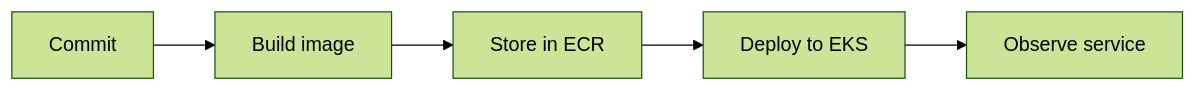
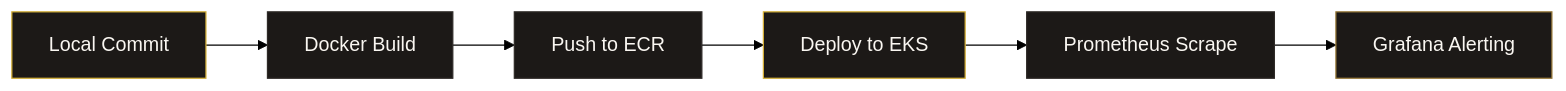
One commit to darshsoam07/darshsoam07 changed the diagram in README.md. Above: the diagram before and after it, drawn with Mermaid (forest theme). The commit also changed other lines of this file and 2 other files, not shown here.

````diff
--- a/README.md
+++ b/README.md
@@ -45,7 +62,15 @@
 ```mermaid
 flowchart LR
-    A[Commit] --> B[Build image]
-    B --> C[Store in ECR]
+    A[Local Commit] --> B[Docker Build]
+    B --> C[Push to ECR]
     C --> D[Deploy to EKS]
-    D --> E[Observe service]
+    D --> E[Prometheus Scrape]
+    E --> F[Grafana Alerting]
+
+    style A fill:#1C1917,stroke:#D4AF37,stroke-width:1px,color:#FAF7F2
+    style B fill:#1C1917,stroke:#2E2A27,stroke-width:1px,color:#FAF7F2
+    style C fill:#1C1917,stroke:#2E2A27,stroke-width:1px,color:#FAF7F2
+    style D fill:#1C1917,stroke:#D4AF37,stroke-width:1px,color:#FAF7F2
+    style E fill:#1C1917,stroke:#2E2A27,stroke-width:1px,color:#FAF7F2
+    style F fill:#1C1917,stroke:#997A3A,stroke-width:1px,color:#FAF7F2
 ```
````
